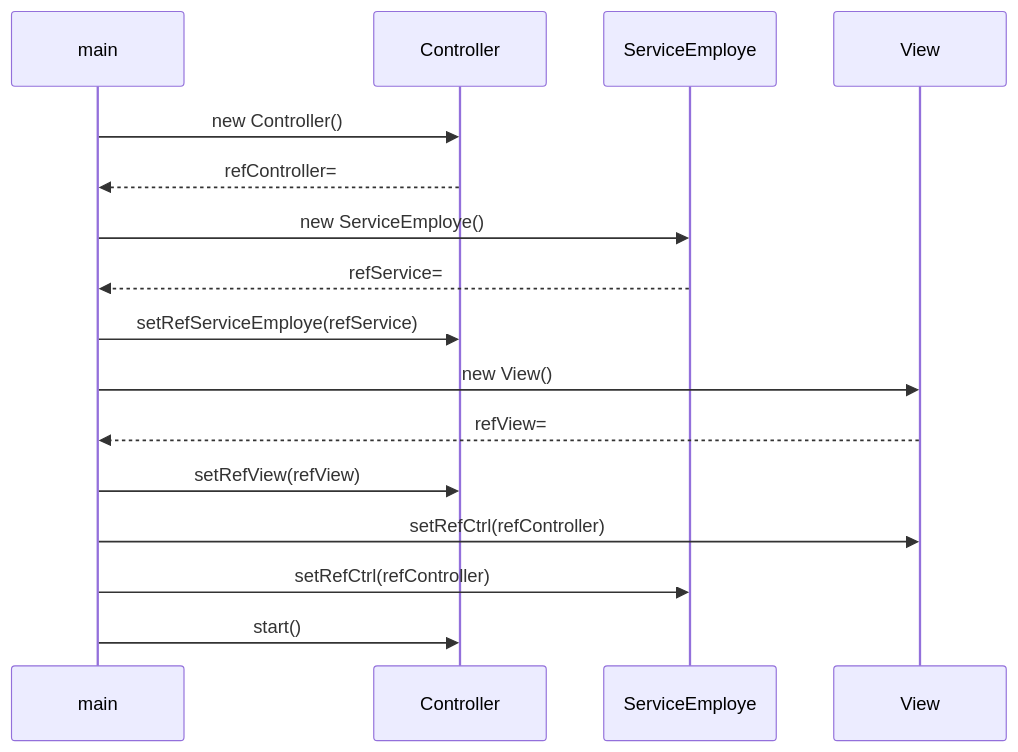
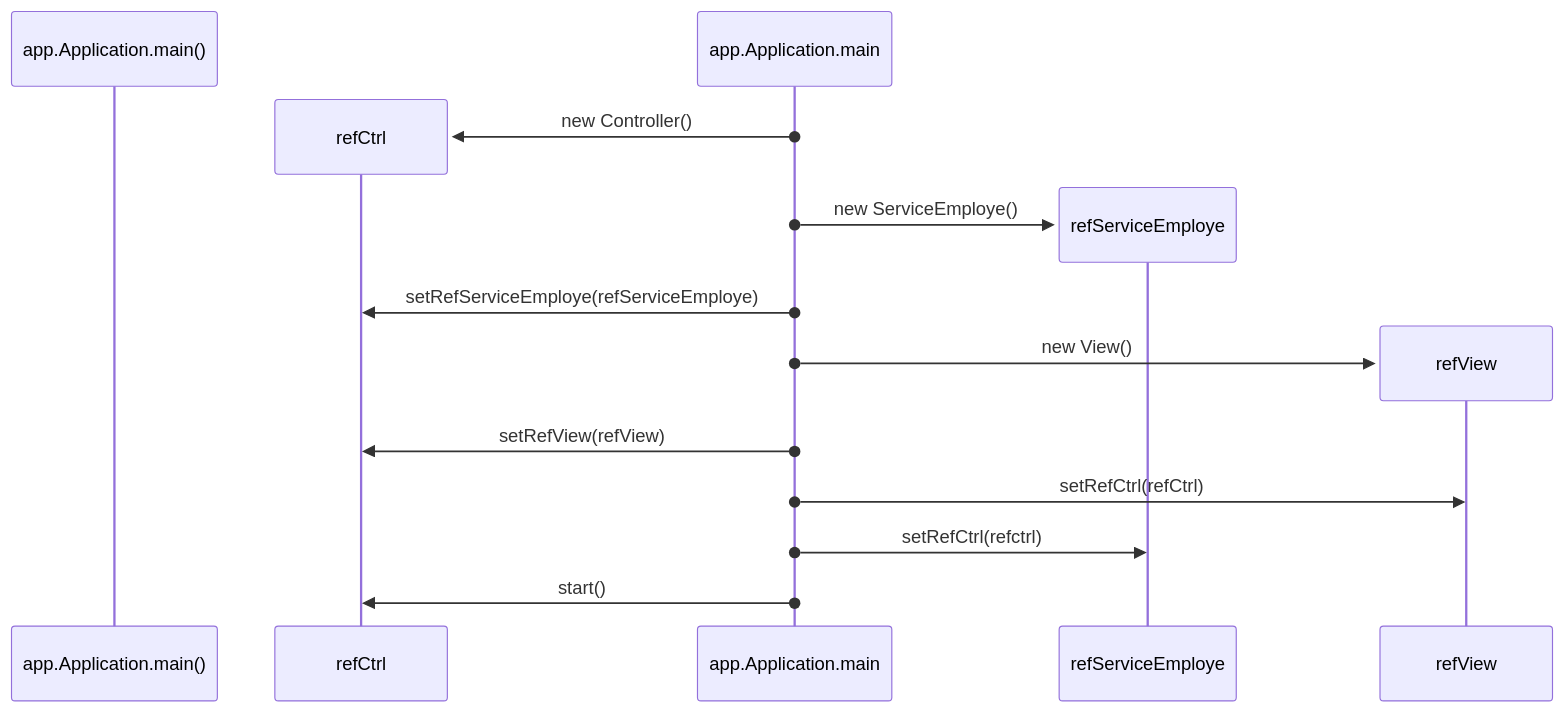
The fourth of 4 diagrams in README.md (emf-info-d400/Ex10-GestionEmployes), drawn with Mermaid before and after one commit.

Commit message:
correction sequence diagram

````diff
--- a/README.md
+++ b/README.md
@@ -315,15 +315,15 @@
 ```mermaid
 sequenceDiagram
-    participant main
-    main->>Controller: new Controller()
-    Controller-->>main: refController=
-    main->>ServiceEmploye: new ServiceEmploye()
-    ServiceEmploye-->>main: refService=
-    main->>Controller: setRefServiceEmploye(refService)
-    main->>View: new View()
-    View-->>main: refView=
-    main->>Controller: setRefView(refView)
-    main->>View: setRefCtrl(refController)
-    main->>ServiceEmploye: setRefCtrl(refController)
-    main->>Controller: start()
+    participant app.Application.main()
+    create participant refCtrl
+    app.Application.main()->>refCtrl: new Controller()
+    create participant refServiceEmploye
+    app.Application.main()->>refServiceEmploye: new ServiceEmploye()
+    app.Application.main()->>refCtrl: setRefServiceEmploye(refServiceEmploye)
+    create participant refView
+    app.Application.main()->>refView: new View()
+    app.Application.main()->>refCtrl: setRefView(refView)
+    app.Application.main()->>refView: setRefCtrl(refCtrl)
+    app.Application.main()->>refServiceEmploye: setRefCtrl(refctrl)
+    app.Application.main()->>refCtrl: start()
 ```
````
